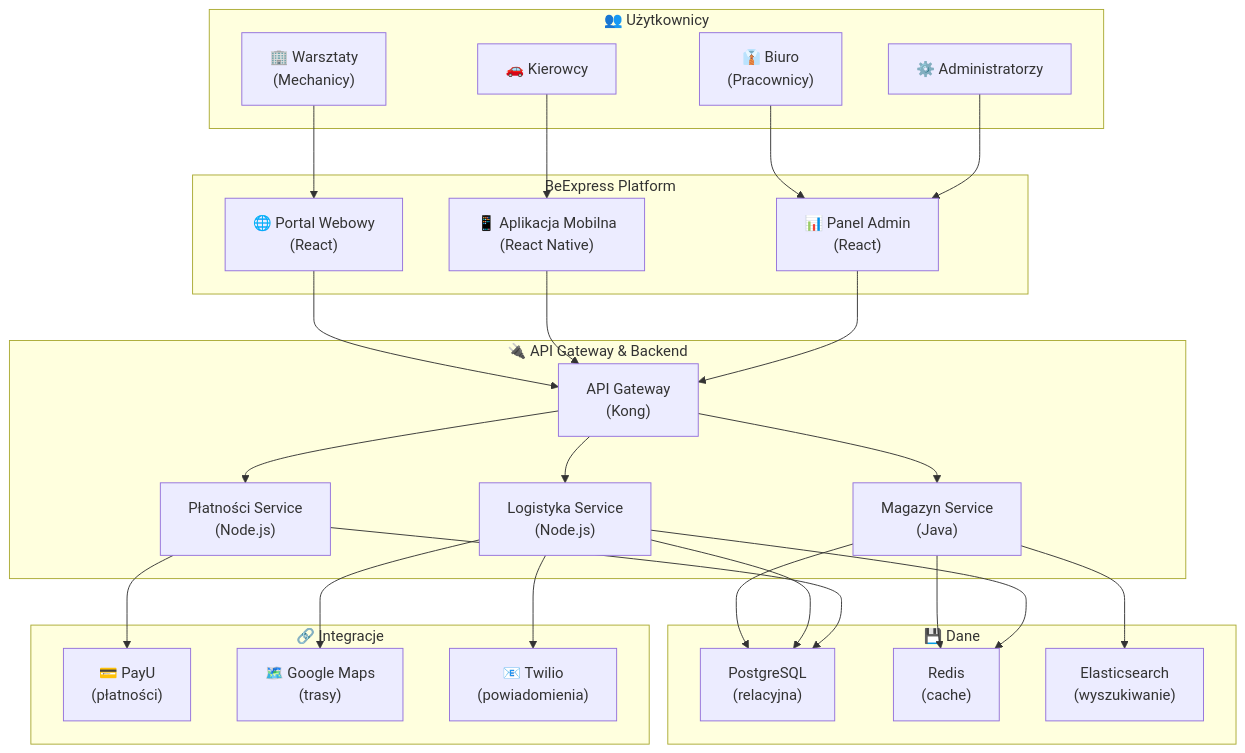
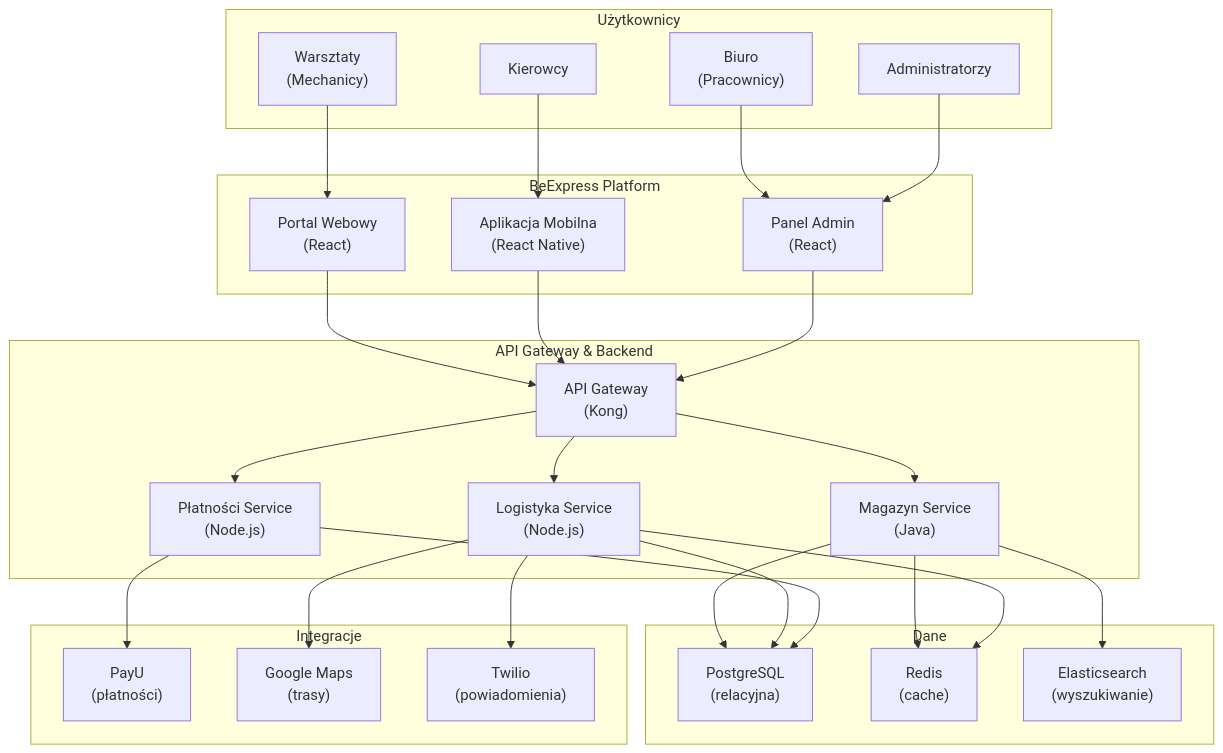
The first of 10 diagrams in projekt-magazyn/diagramy_mermaid.md (Jolanta27/Jolanta27), drawn with Mermaid before and after one commit. The commit also changed other lines of this file, not shown here.

Commit message:
Remove all icons/emojis from Mermaid diagrams

````diff
--- a/projekt-magazyn/diagramy_mermaid.md
+++ b/projekt-magazyn/diagramy_mermaid.md
@@ -5,60 +5,60 @@
 ```mermaid
 graph TB
-    subgraph Users["👥 Użytkownicy"]
-        WKS["🏢 Warsztaty<br/>(Mechanicy)"]
-        KIR["🚗 Kierowcy"]
-        BIU["👔 Biuro<br/>(Pracownicy)"]
-        ADM["⚙️ Administratorzy"]
+    subgraph Users["Użytkownicy"]
+        WKS["Warsztaty<br/>(Mechanicy)"]
+        KIR["Kierowcy"]
+        BIU["Biuro<br/>(Pracownicy)"]
+        ADM["Administratorzy"]
     end
 
     subgraph BeExpress["BeExpress Platform"]
-        WEB["🌐 Portal Webowy<br/>(React)"]
-        MOB["📱 Aplikacja Mobilna<br/>(React Native)"]
-        ADMIN["📊 Panel Admin<br/>(React)"]
+        WEB["Portal Webowy<br/>(React)"]
+        MOB["Aplikacja Mobilna<br/>(React Native)"]
+        ADMIN["Panel Admin<br/>(React)"]
     end
 
-    subgraph API["🔌 API Gateway & Backend"]
+    subgraph API["API Gateway & Backend"]
         GW["API Gateway<br/>(Kong)"]
         MAG["Magazyn Service<br/>(Java)"]
         LOG["Logistyka Service<br/>(Node.js)"]
         PAY["Płatności Service<br/>(Node.js)"]
     end
 
-    subgraph DATA["💾 Dane"]
+    subgraph DATA["Dane"]
         PG["PostgreSQL<br/>(relacyjna)"]
         REDIS["Redis<br/>(cache)"]
         ES["Elasticsearch<br/>(wyszukiwanie)"]
     end
 
-    subgraph EXT["🔗 Integracje"]
-        PAYU["💳 PayU<br/>(płatności)"]
-        MAPS["🗺️ Google Maps<br/>(trasy)"]
-        SMS["📧 Twilio<br/>(powiadomienia)"]
+    subgraph EXT["Integracje"]
+        PAYU["PayU<br/>(płatności)"]
+        MAPS["Google Maps<br/>(trasy)"]
+        SMS["Twilio<br/>(powiadomienia)"]
     end
 
     WKS --> WEB
     KIR --> MOB
     BIU --> ADMIN
     ADM --> ADMIN
     
     WEB --> GW
     MOB --> GW
     ADMIN --> GW
     
     GW --> MAG
     GW --> LOG
     GW --> PAY
     
     MAG --> PG
     MAG --> REDIS
     MAG --> ES
     
     LOG --> PG
     LOG --> REDIS
     
     PAY --> PG
     
     PAY --> PAYU
     LOG --> MAPS
     LOG --> SMS
 ```
````
